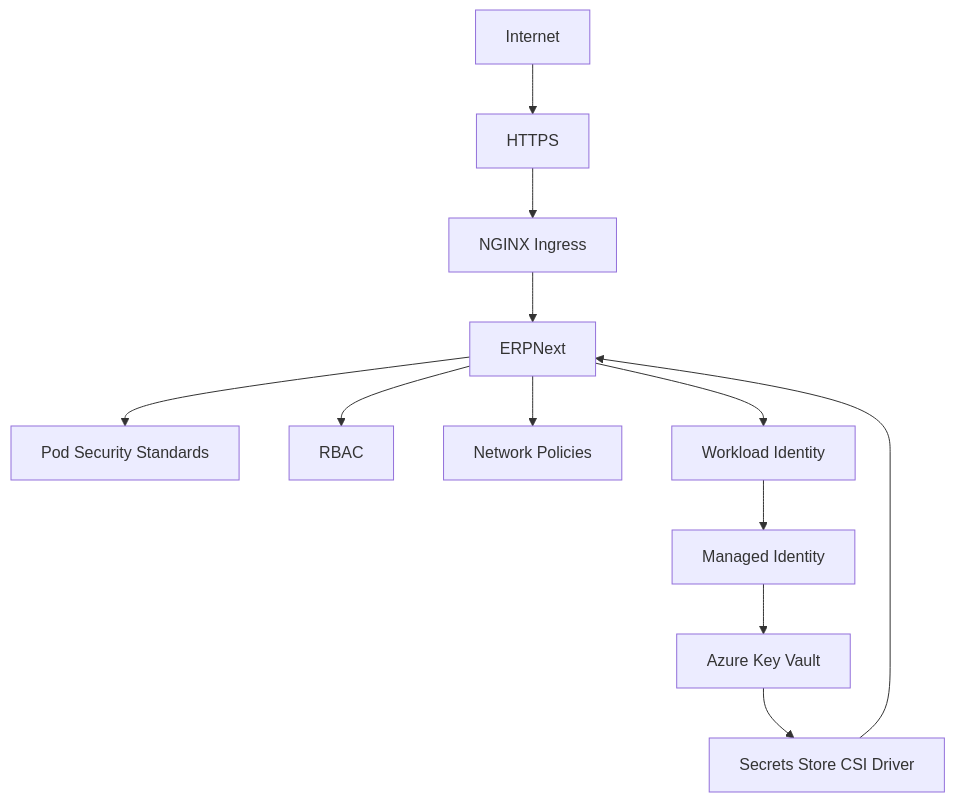
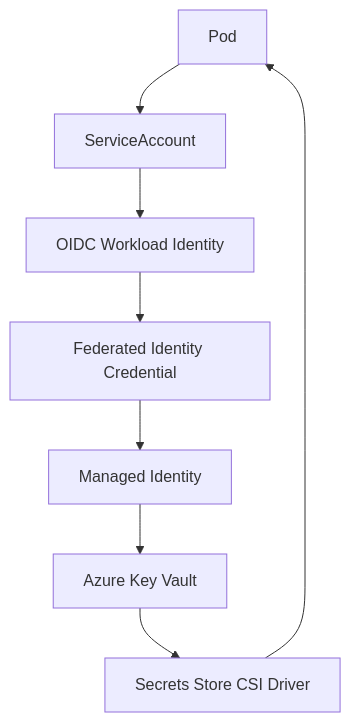
Before and after one commit to reedaa01/ERPnext-DevOps: the diagram in docs/EPIC-6-Securite.md, drawn with Mermaid. The commit also changed other lines of this file and 7 other files, not shown here.

````diff
--- a/docs/EPIC-6-Securite.md
+++ b/docs/EPIC-6-Securite.md
@@ -58,16 +25,10 @@
 ```mermaid
 flowchart TD
-    Internet --> HTTPS
-    HTTPS --> Ingress[NGINX Ingress]
-    Ingress --> ERPNext[ERPNext]
-
-    ERPNext --> PSS[Pod Security Standards]
-    ERPNext --> RBAC[RBAC]
-    ERPNext --> NP[Network Policies]
-
-    ERPNext --> WI[Workload Identity]
-    WI --> MI[Managed Identity]
+    Pod --> SA[ServiceAccount]
+    SA --> OIDC[OIDC Workload Identity]
+    OIDC --> FIC[Federated Identity Credential]
+    FIC --> MI[Managed Identity]
     MI --> KV[Azure Key Vault]
     KV --> CSI[Secrets Store CSI Driver]
-    CSI --> ERPNext
+    CSI --> Pod
 ```
````
